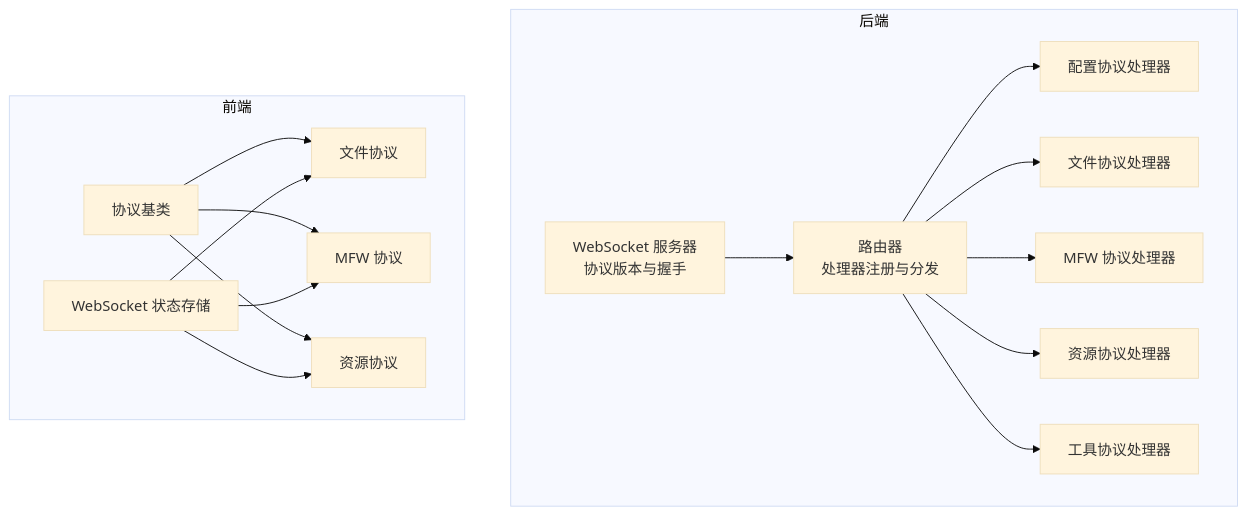
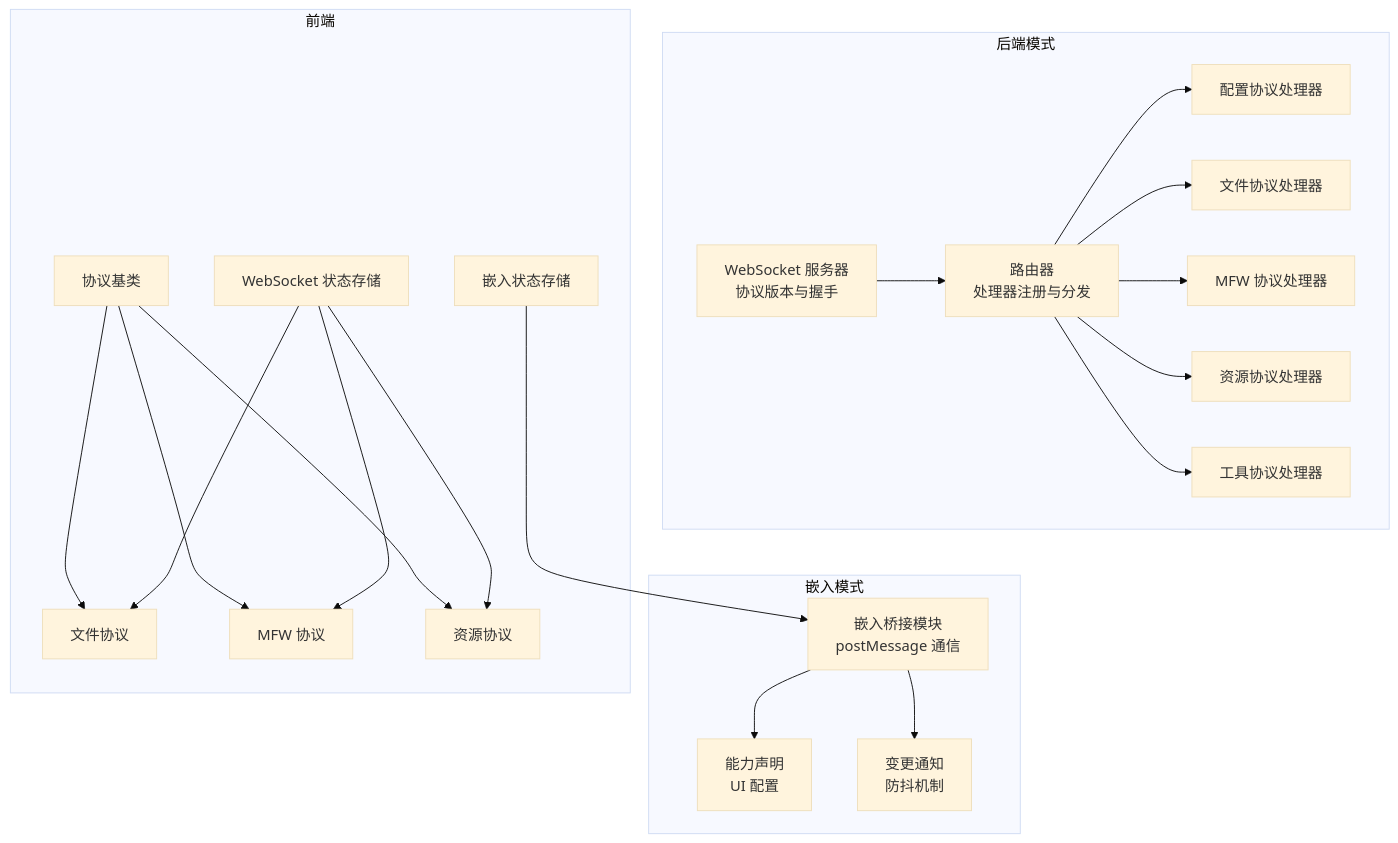
The first of 8 diagrams in .qoder/repowiki/zh/content/核心概念/通信协议/通信协议.md (kqcoxn/MaaPipelineEditor), drawn with Mermaid (base theme) before and after one commit. The commit also changed other lines of this file and 5 other files, not shown here.

````diff
--- a/.qoder/repowiki/zh/content/核心概念/通信协议/通信协议.md
+++ b/.qoder/repowiki/zh/content/核心概念/通信协议/通信协议.md
@@ -41,31 +58,40 @@
 ```mermaid
 graph TB
-subgraph "后端"
+subgraph "后端模式"
 WS["WebSocket 服务器<br/>协议版本与握手"]
 RT["路由器<br/>处理器注册与分发"]
 CFG["配置协议处理器"]
 FLP["文件协议处理器"]
 MFW["MFW 协议处理器"]
 RES["资源协议处理器"]
 UTL["工具协议处理器"]
 end
+subgraph "嵌入模式"
+EMB["嵌入桥接模块<br/>postMessage 通信"]
+CAP["能力声明<br/>UI 配置"]
+NOTI["变更通知<br/>防抖机制"]
+end
 subgraph "前端"
 BP["协议基类"]
 FP["文件协议"]
 MP["MFW 协议"]
 RP["资源协议"]
 WSStore["WebSocket 状态存储"]
+EMBStore["嵌入状态存储"]
 end
 WS --> RT
 RT --> CFG
 RT --> FLP
 RT --> MFW
 RT --> RES
 RT --> UTL
+EMB --> CAP
+EMB --> NOTI
 BP --> FP
 BP --> MP
 BP --> RP
 WSStore --> FP
 WSStore --> MP
 WSStore --> RP
+EMBStore --> EMB
 ```
````
